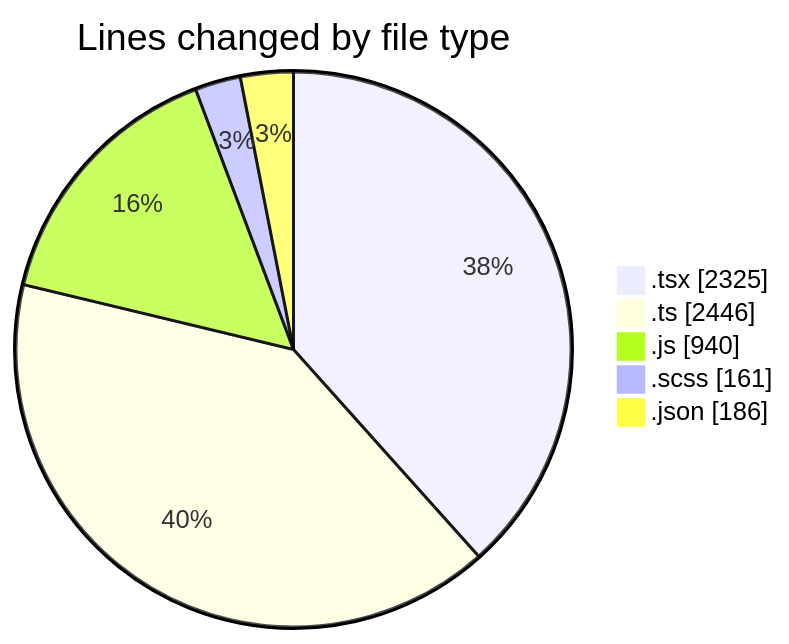
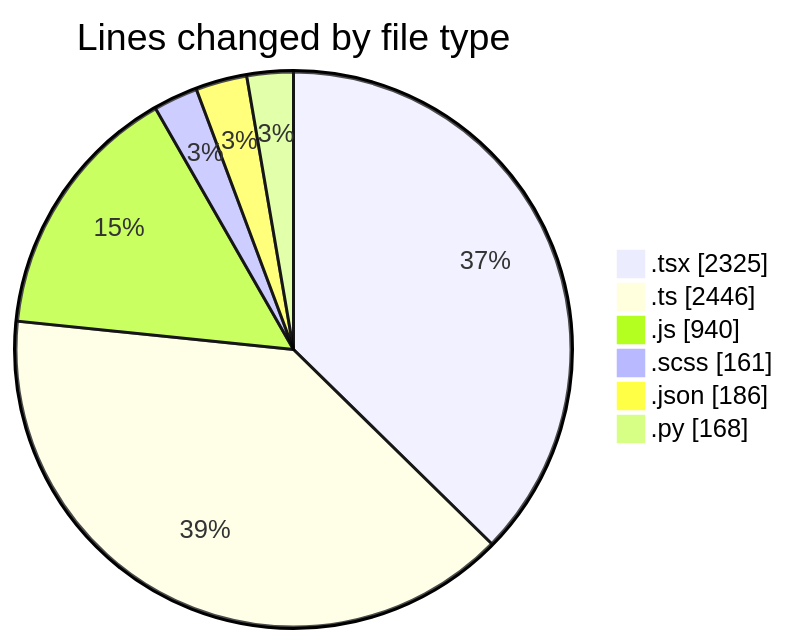
The first of 2 diagrams in 2026-07-16/cda/README.md (momahboobian/code-tracking), drawn with Mermaid before and after one commit. The commit also changed other lines of this file and 1 other file, not shown here.

````diff
--- a/2026-07-16/cda/README.md
+++ b/2026-07-16/cda/README.md
@@ -51,9 +52,10 @@
 ```mermaid
 pie showData
 title Lines changed by file type
 ".tsx" : 2325
 ".ts" : 2446
 ".js" : 940
 ".scss" : 161
 ".json" : 186
+".py" : 168
 ```
````
